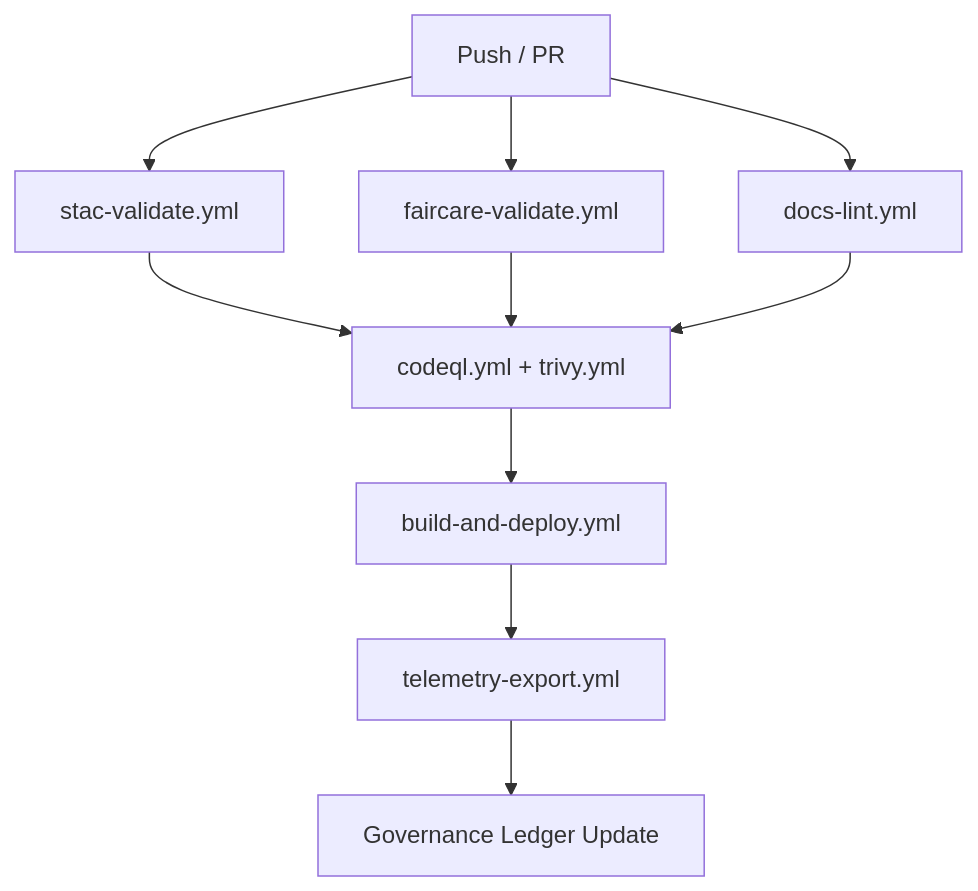
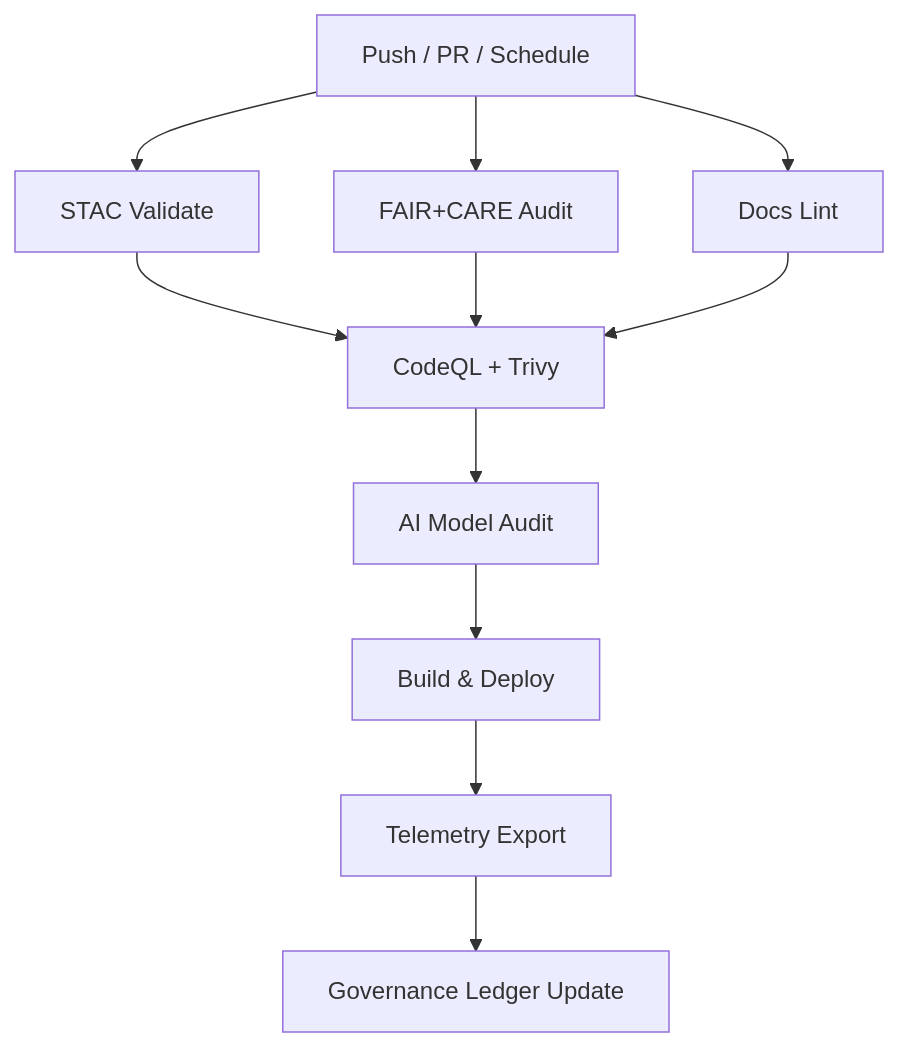
The diagram in .github/workflows/README.md (bartytime4life/Kansas-Frontier-Matrix), drawn with Mermaid before and after one commit. The commit also changed other lines of this file, not shown here.

````diff
--- a/.github/workflows/README.md
+++ b/.github/workflows/README.md
@@ -100,10 +101,11 @@
 ```mermaid
 flowchart TD
-A["Push / PR"] --> B["stac-validate.yml"]
-A --> C["faircare-validate.yml"]
-A --> D["docs-lint.yml"]
-B & C & D --> E["codeql.yml + trivy.yml"]
-E --> F["build-and-deploy.yml"]
-F --> G["telemetry-export.yml"]
-G --> H["Governance Ledger Update"]
+A["Push / PR / Schedule"] --> B["STAC Validate"]
+A --> C["FAIR+CARE Audit"]
+A --> D["Docs Lint"]
+B & C & D --> E["CodeQL + Trivy"]
+E --> F["AI Model Audit"]
+F --> G["Build & Deploy"]
+G --> H["Telemetry Export"]
+H --> I["Governance Ledger Update"]
 ```
````
